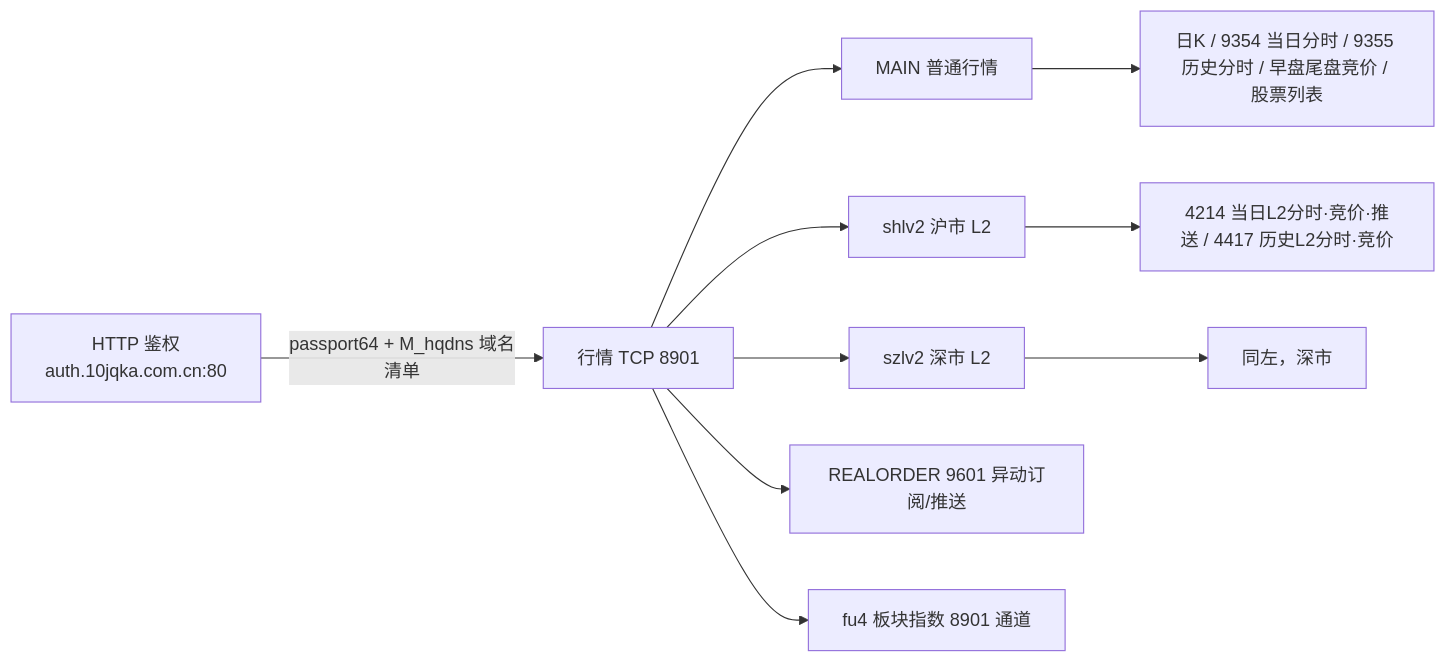
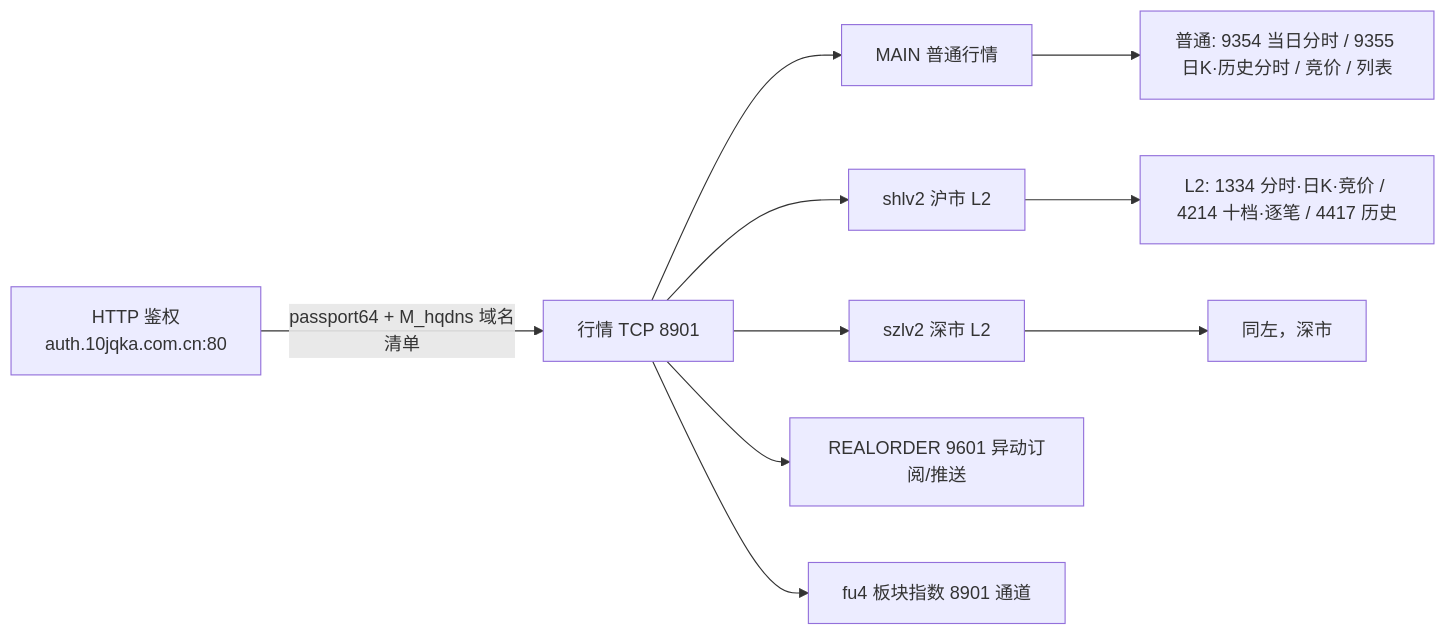
One commit to djj45/thspypc changed the diagram in docs/guides/PROTOCOL_AND_IMPLEMENTATION_GUIDE.md. Above: the diagram before and after it, drawn with Mermaid. The commit also changed other lines of this file and 14 other files, not shown here.

````diff
--- a/docs/guides/PROTOCOL_AND_IMPLEMENTATION_GUIDE.md
+++ b/docs/guides/PROTOCOL_AND_IMPLEMENTATION_GUIDE.md
@@ -15,12 +15,12 @@
 ```mermaid
 flowchart LR
     A[HTTP 鉴权<br/>auth.10jqka.com.cn:80] -->|passport64 + M_hqdns 域名清单| B[行情 TCP 8901]
     B --> B1[MAIN 普通行情]
     B --> B2[shlv2 沪市 L2]
     B --> B3[szlv2 深市 L2]
-    B1 --> C[日K / 9354 当日分时 / 9355 历史分时 / 早盘尾盘竞价 / 股票列表]
-    B2 --> D[4214 当日L2分时·竞价·推送 / 4417 历史L2分时·竞价]
+    B1 --> C[普通: 9354 当日分时 / 9355 日K·历史分时 / 竞价 / 列表]
+    B2 --> D[L2: 1334 分时·日K·竞价 / 4214 十档·逐笔 / 4417 历史]
     B3 --> E[同左，深市]
     B --> B4[REALORDER 9601 异动订阅/推送]
     B --> B5[fu4 板块指数 8901 通道]
 ```
````
